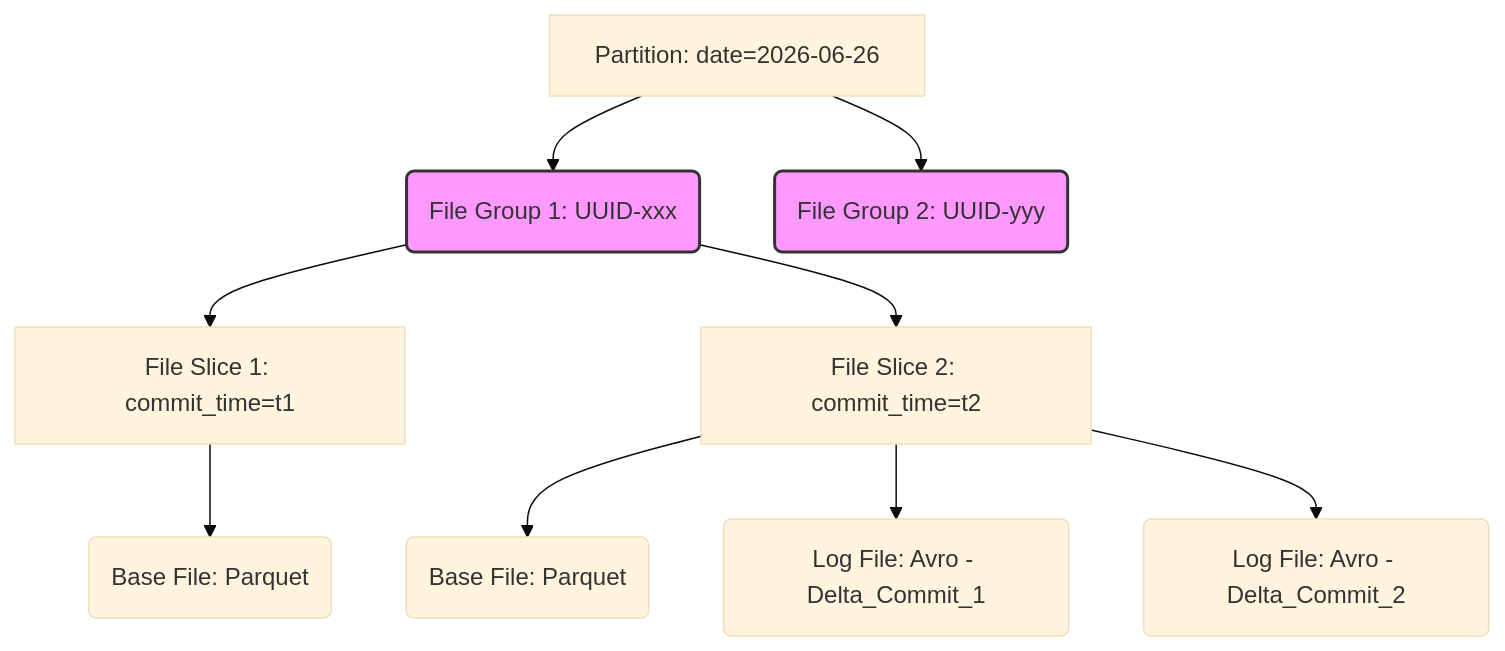
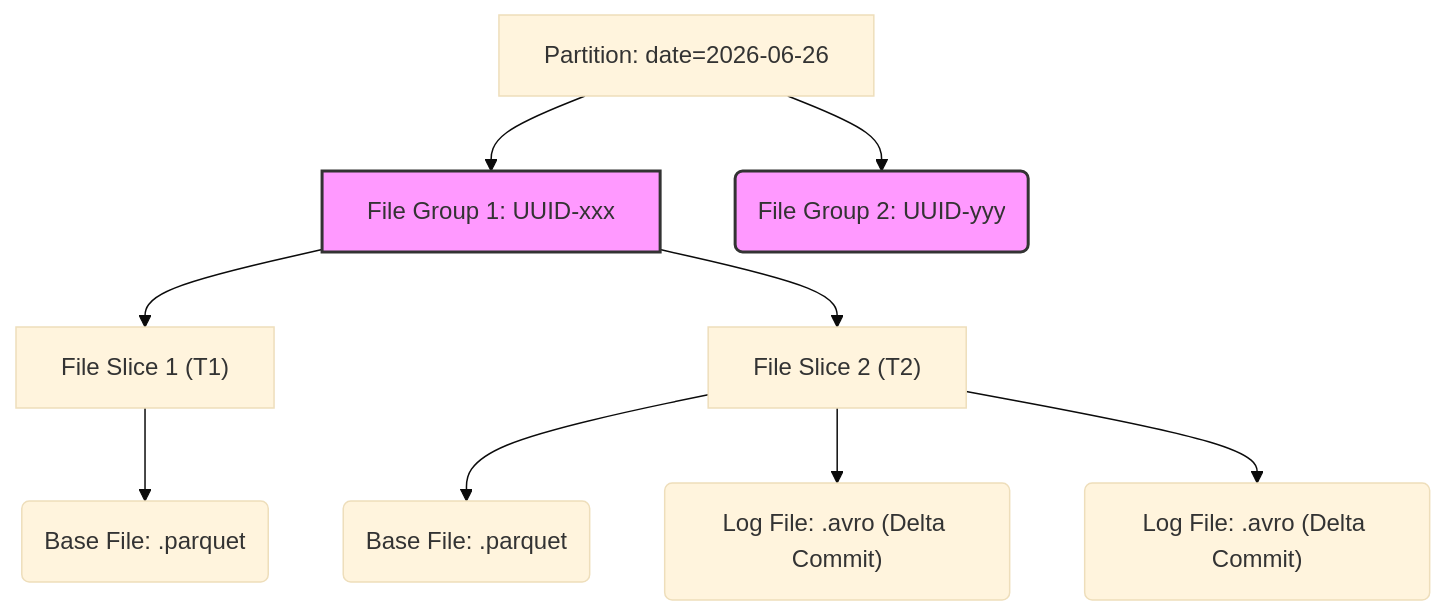
One commit to kythuatdulieu/kythuatdulieu.github.io changed the second of 2 diagrams in src/content/docs/concepts/3-storage-engines-formats/apache-hudi.md. Above: the diagram before and after it, drawn with Mermaid (base theme). The commit also changed other lines of this file and 213 other files, not shown here.

Commit message:
Fix syntax and rewrite 200+ concepts docs to deep-dive system architecture and add GA4 tracking to quiz app

````diff
--- a/src/content/docs/concepts/3-storage-engines-formats/apache-hudi.md
+++ b/src/content/docs/concepts/3-storage-engines-formats/apache-hudi.md
@@ -51,16 +45,16 @@
 ```mermaid
 graph TD
-    A["Partition: date=2026-06-26"] --> B("File Group 1: UUID-xxx")
+    A["Partition: date=2026-06-26"] --> B["File Group 1: UUID-xxx"]
     A --> C("File Group 2: UUID-yyy")
     
-    B --> D["File Slice 1: commit_time=t1"]
-    B --> E["File Slice 2: commit_time=t2"]
+    B --> D["File Slice 1 (T1)"]
+    B --> E["File Slice 2 (T2)"]
     
-    D --> F("Base File: Parquet")
-    E --> G("Base File: Parquet")
-    E --> H("Log File: Avro - Delta_Commit_1")
-    E --> I("Log File: Avro - Delta_Commit_2")
+    D --> F("Base File: .parquet")
+    E --> G("Base File: .parquet")
+    E --> H("Log File: .avro (Delta Commit)")
+    E --> I("Log File: .avro (Delta Commit)")
     
     classDef fg fill:#f9f,stroke:#333,stroke-width:2px;
     class B,C fg;
 ```
````
